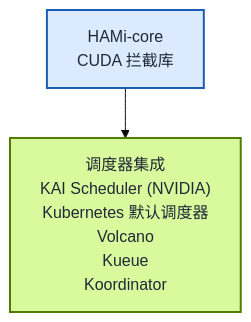
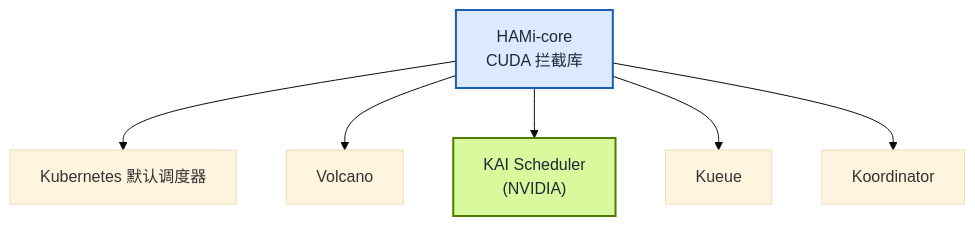
The third of 3 diagrams in i18n/zh/docusaurus-plugin-content-blog/hami-core-adopted-by-nvidia-kai-scheduler/index.md (Project-HAMi/website), drawn with Mermaid (base theme) before and after one commit. The commit also changed other lines of this file and 1 other file, not shown here.

Commit message:
fix: improve clarity in GPU memory isolation diagrams and update scheduler integration visuals

````diff
--- a/i18n/zh/docusaurus-plugin-content-blog/hami-core-adopted-by-nvidia-kai-scheduler/index.md
+++ b/i18n/zh/docusaurus-plugin-content-blog/hami-core-adopted-by-nvidia-kai-scheduler/index.md
@@ -190,11 +190,14 @@
 ```mermaid
 %% title: HAMi-core 调度器生态
 graph TD
     HAMI["HAMi-core<br/>CUDA 拦截库"]
-    SCHEDULERS["调度器集成<br/>KAI Scheduler (NVIDIA)<br/>Kubernetes 默认调度器<br/>Volcano<br/>Kueue<br/>Koordinator"]
 
-    HAMI --> SCHEDULERS
+    HAMI --> K8S["Kubernetes 默认调度器"]
+    HAMI --> VOLCANO[Volcano]
+    HAMI --> KAI["KAI Scheduler<br/>(NVIDIA)"]
+    HAMI --> Kueue
+    HAMI --> Koordinator
 
     style HAMI fill:#dbeafe,stroke:#1a5fb4,stroke-width:2px,color:#1f2937
-    style SCHEDULERS fill:#d9f99d,stroke:#4f7d00,stroke-width:2px,color:#1f2937
+    style KAI fill:#d9f99d,stroke:#4f7d00,stroke-width:2px,color:#1f2937
 ```
````
